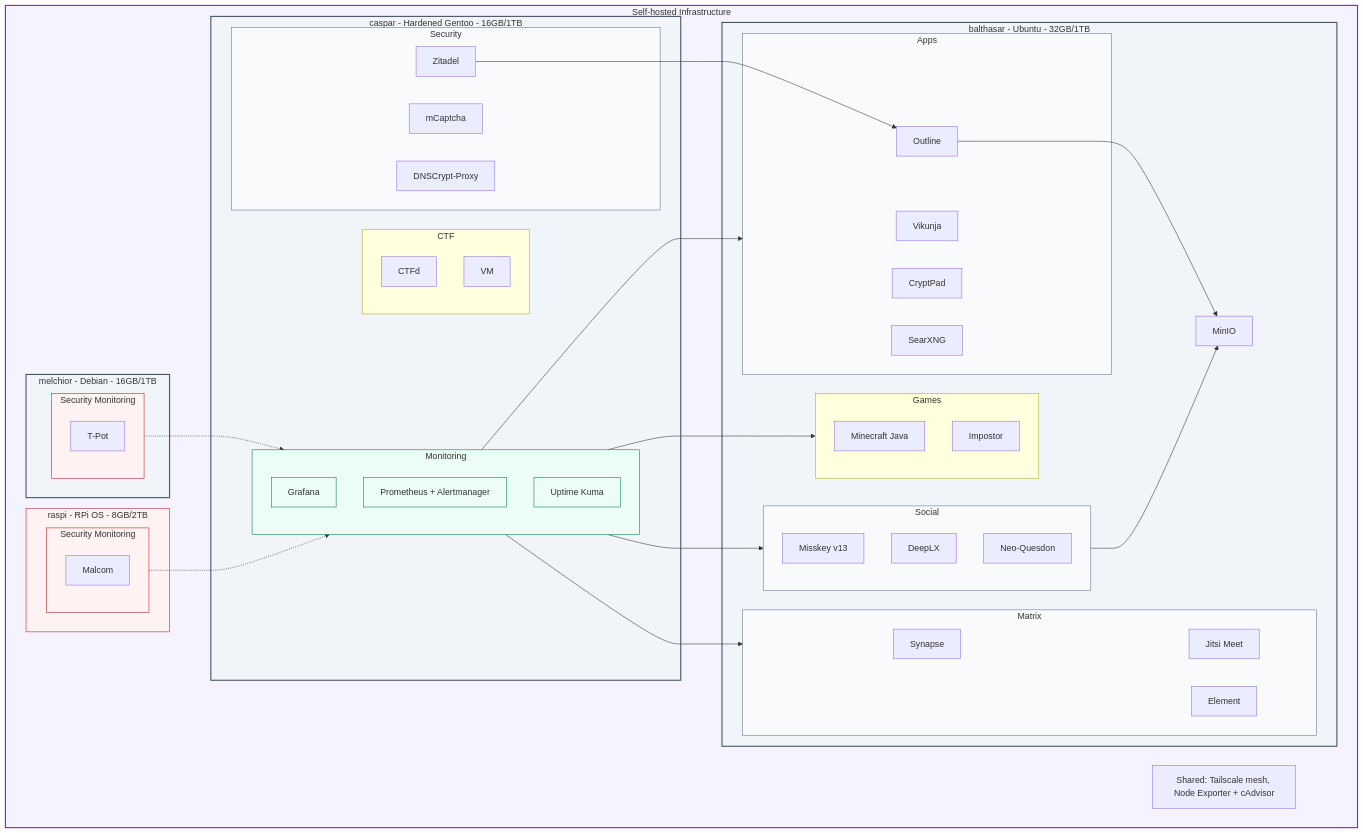
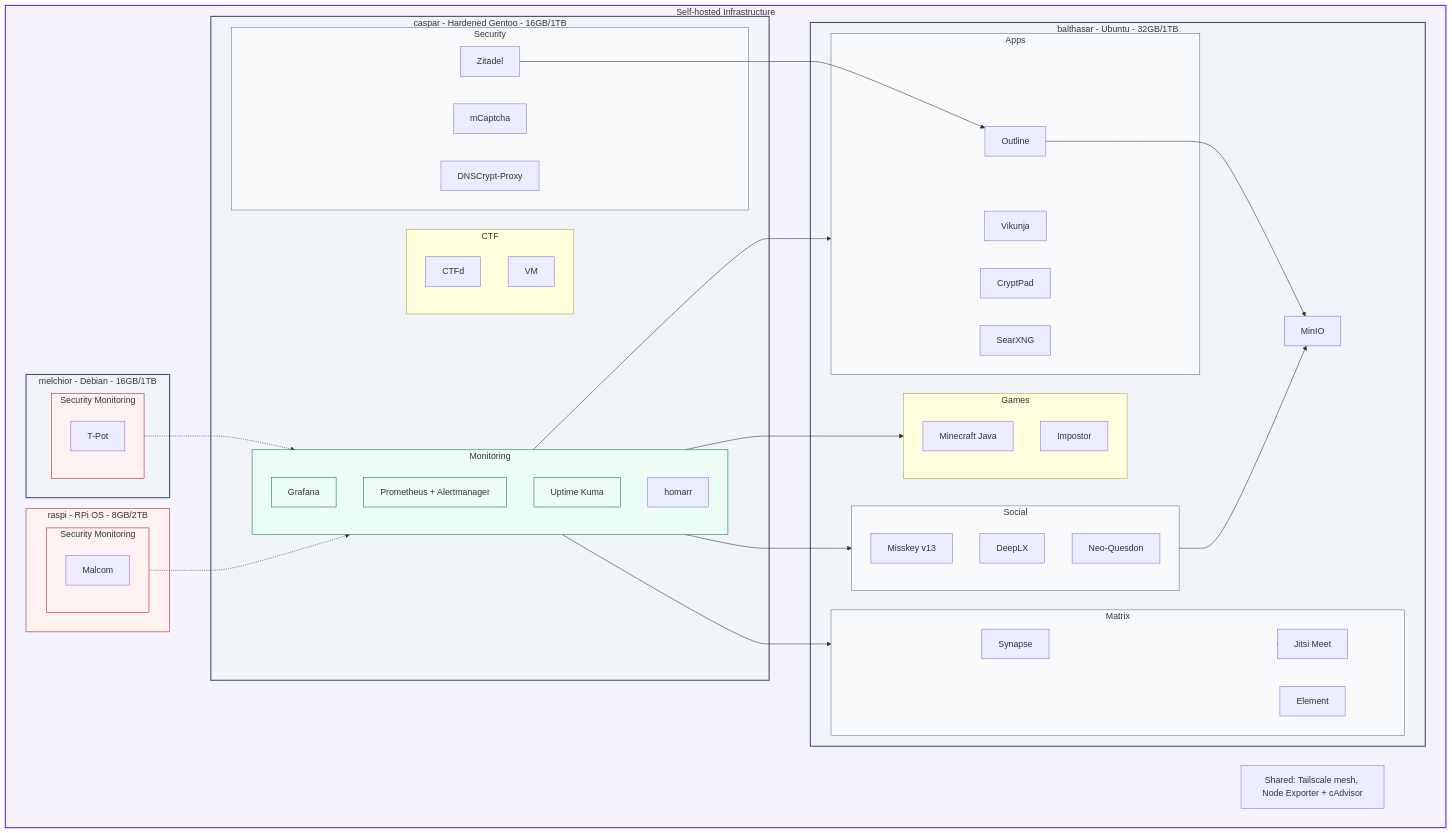
One commit to yamisskey-dev/hosted-list changed the diagram in README.md. Above: the diagram before and after it, drawn with Mermaid.

````diff
--- a/README.md
+++ b/README.md
@@ -3,76 +3,77 @@
 ```mermaid
 graph TB
     %% Style definitions
     classDef homeServer fill:#f1f5f9,stroke:#475569,stroke-width:2px
     classDef service fill:#f8fafc,stroke:#64748b,stroke-width:1px
     classDef monitoring fill:#ecfdf5,stroke:#047857,stroke-width:1px
     classDef security fill:#fef2f2,stroke:#b91c1c,stroke-width:1px
     classDef network fill:#f5f3ff,stroke:#6d28d9,stroke-width:2px
     subgraph tailscale[Self-hosted Infrastructure]
         subgraph caspar[caspar - Hardened Gentoo - 16GB/1TB]
             subgraph security[Security]
                 zitadel[Zitadel]
                 mcaptcha[mCaptcha]
                 dnscrypt-proxy[DNSCrypt-Proxy]
             end
             subgraph monitoring[Monitoring]
                 grafana[Grafana]
                 prometheus[Prometheus + Alertmanager]
                 uptime[Uptime Kuma]
+                homarr[homarr]
             end
             subgraph CTF[CTF]
                 ctfd[CTFd]
                 browser-vm[VM]
             end
         end
         subgraph balthasar[balthasar - Ubuntu - 32GB/1TB]
             minio[MinIO]
             subgraph social[Social]
                 misskey[Misskey v13]
                 deeplx[DeepLX]
                 neoquesdon[Neo-Quesdon]
             end
             subgraph matrix[Matrix]
                 synapse[Synapse]
                 element[Element]
                 jitsi[Jitsi Meet]
             end
             subgraph apps[Apps]
                 outline[Outline]
                 vikunja[Vikunja]
                 cryptpad[CryptPad]
                 searxng[SearXNG]
             end
             subgraph games[Games]
                 minecraft[Minecraft Java]
                 impostor[Impostor]
             end
         end
         subgraph melchior[melchior - Debian - 16GB/1TB]
             subgraph nsm[Security Monitoring]
                 tpot[T-Pot]
             end
         end
         subgraph raspi[raspi - RPi OS - 8GB/2TB]
             subgraph nsm2[Security Monitoring]
                 malcom[Malcom]
             end
         end
         %% Dependencies
         zitadel --> outline
         nsm -.-> monitoring
         nsm2 -.-> monitoring
         monitoring --> social & matrix & apps & games
         social --> minio
         outline --> minio
         matrix --> jitsi
         %% Note
         note["Shared: Tailscale mesh, Node Exporter + cAdvisor"]
     end
     %% Apply styles
     class caspar,balthasar,melchior homeServer
     class security,social,matrix,apps service
     class monitoring,prometheus,grafana,uptime monitoring
     class raspi,nsm,nsm2 security
     class tailscale network
 ```
````
